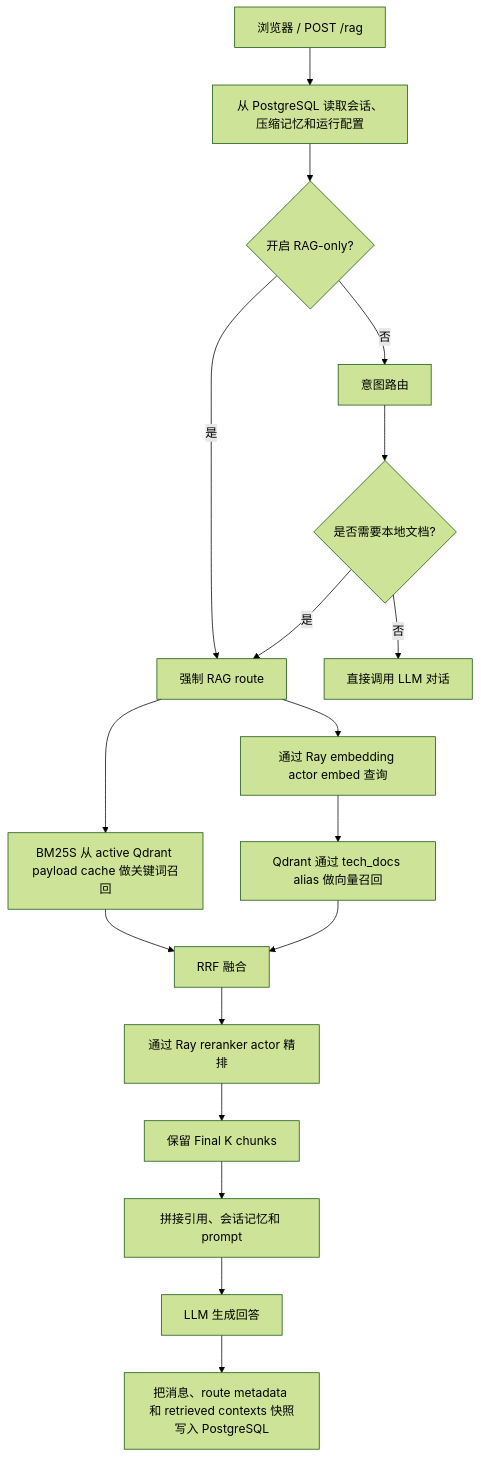
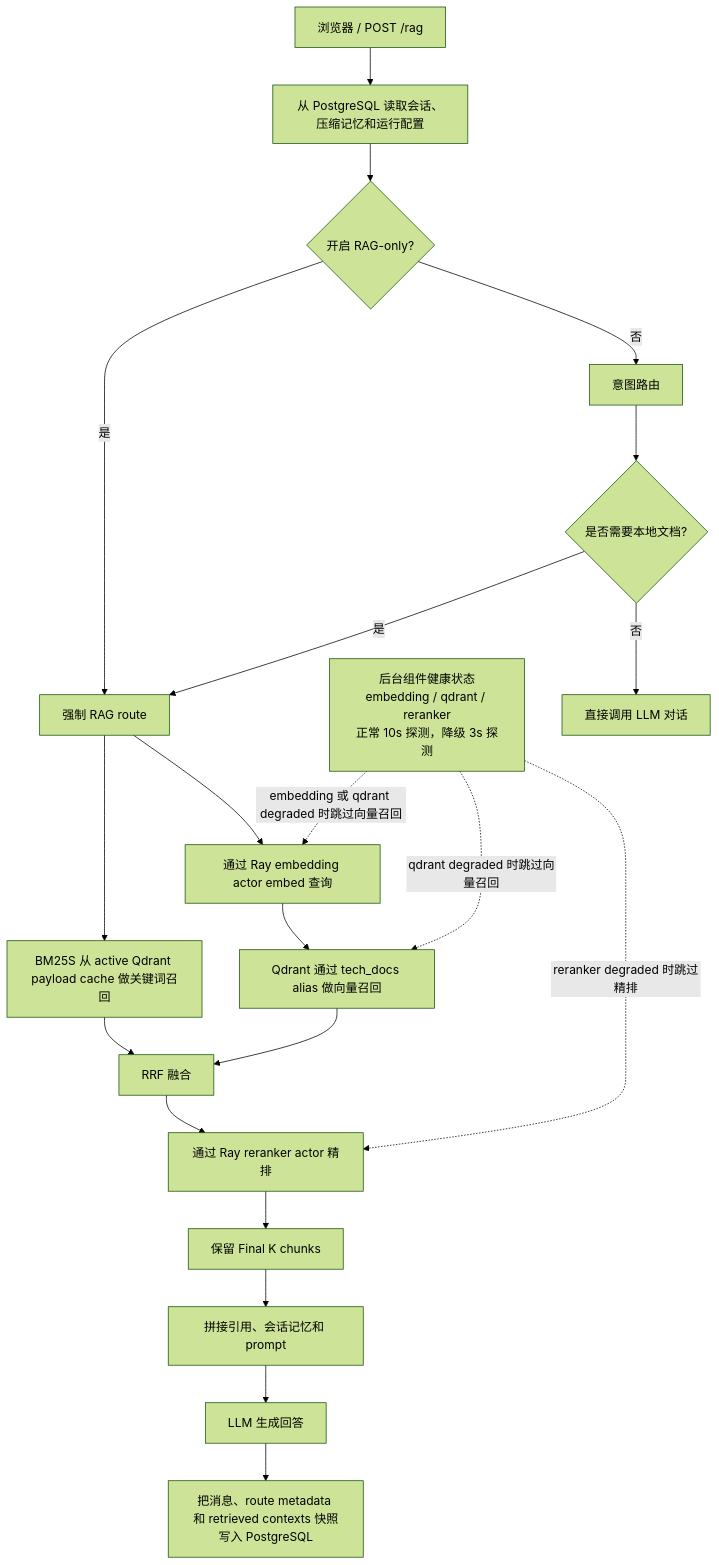
Before and after one commit to XingjiaYang/Knowledge-Base-Assistant: the third of 4 diagrams in readme.zh.md, drawn with Mermaid (forest theme). The commit also changed other lines of this file and 17 other files, not shown here.

````diff
--- a/readme.zh.md
+++ b/readme.zh.md
@@ -399,20 +413,24 @@
 ```mermaid
 flowchart TD
     A["浏览器 / POST /rag"] --> B["从 PostgreSQL 读取会话、压缩记忆和运行配置"]
+    P["后台组件健康状态<br/>embedding / qdrant / reranker<br/>正常 10s 探测，降级 3s 探测"]
     B --> C{"开启 RAG-only?"}
     C -- "是" --> F["强制 RAG route"]
     C -- "否" --> D["意图路由"]
     D --> E{"是否需要本地文档?"}
     E -- "否" --> Z["直接调用 LLM 对话"]
     E -- "是" --> F
     F --> G["通过 Ray embedding actor embed 查询"]
     F --> H["BM25S 从 active Qdrant payload cache 做关键词召回"]
     G --> I["Qdrant 通过 tech_docs alias 做向量召回"]
+    P -. "embedding 或 qdrant degraded 时跳过向量召回" .-> G
+    P -. "qdrant degraded 时跳过向量召回" .-> I
     H --> J["RRF 融合"]
     I --> J
     J --> K["通过 Ray reranker actor 精排"]
+    P -. "reranker degraded 时跳过精排" .-> K
     K --> L["保留 Final K chunks"]
     L --> M["拼接引用、会话记忆和 prompt"]
     M --> N["LLM 生成回答"]
     N --> O["把消息、route metadata 和 retrieved contexts 快照写入 PostgreSQL"]
 ```
````
